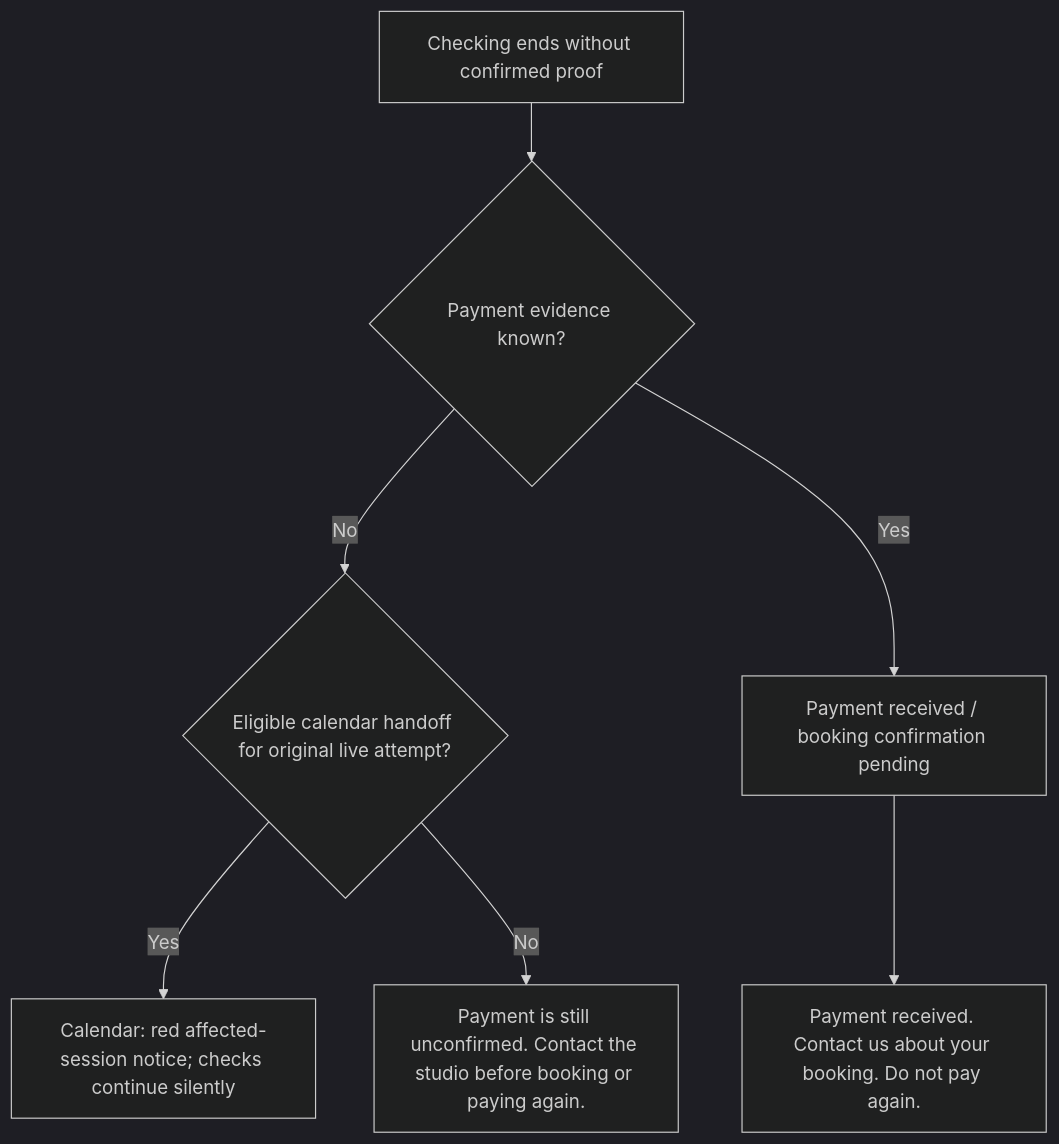
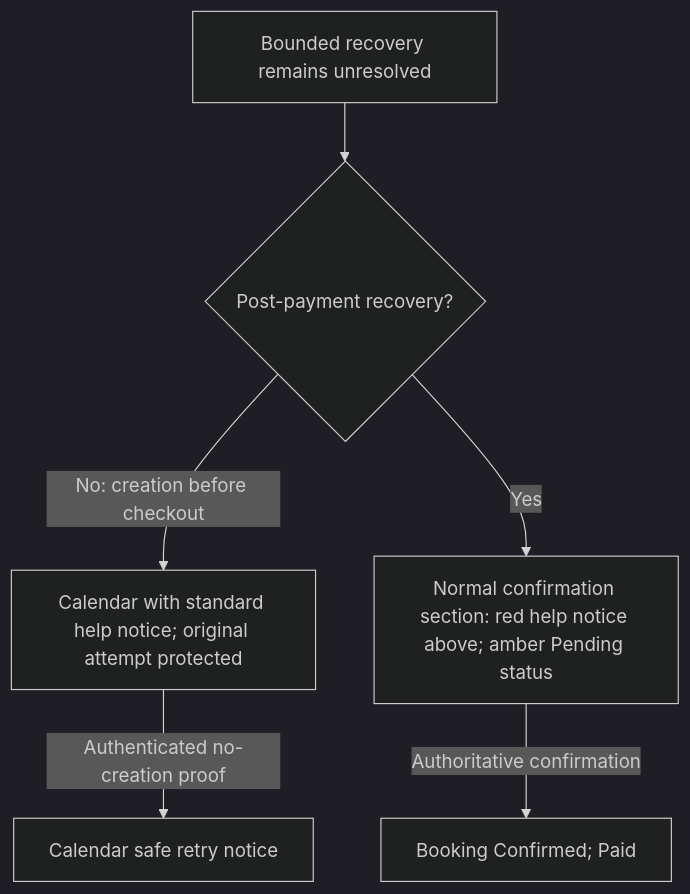
Diagram 12 of 19 in docs/booking-flows.md (soccerbotstudiosg/soccerbotstudioSG), drawn with Mermaid (dark theme) before and after one commit. The commit also changed other lines of this file and 20 other files, not shown here.

First line of the commit message:
Keep checkout recovery within the calendar and confirmation flows (#73)

````diff
--- a/docs/booking-flows.md
+++ b/docs/booking-flows.md
@@ -214,9 +212,8 @@
 ```mermaid
 flowchart TD
-  A["Checking ends without confirmed proof"] --> B{"Payment evidence known?"}
-  B -->|No| C{"Eligible calendar handoff for original live attempt?"}
-  C -->|Yes| D["Calendar: red affected-session notice; checks continue silently"]
-  C -->|No| G["Payment is still unconfirmed. Contact the studio before booking or paying again."]
-  B -->|Yes| E["Payment received / booking confirmation pending"]
-  E --> F["Payment received. Contact us about your booking. Do not pay again."]
+  A["Bounded recovery remains unresolved"] --> B{"Post-payment recovery?"}
+  B -->|No: creation before checkout| C["Calendar with standard help notice; original attempt protected"]
+  B -->|Yes| D["Normal confirmation section: red help notice above; amber Pending status"]
+  C -->|Authenticated no-creation proof| E["Calendar safe retry notice"]
+  D -->|Authoritative confirmation| F["Booking Confirmed; Paid"]
 ```
````
